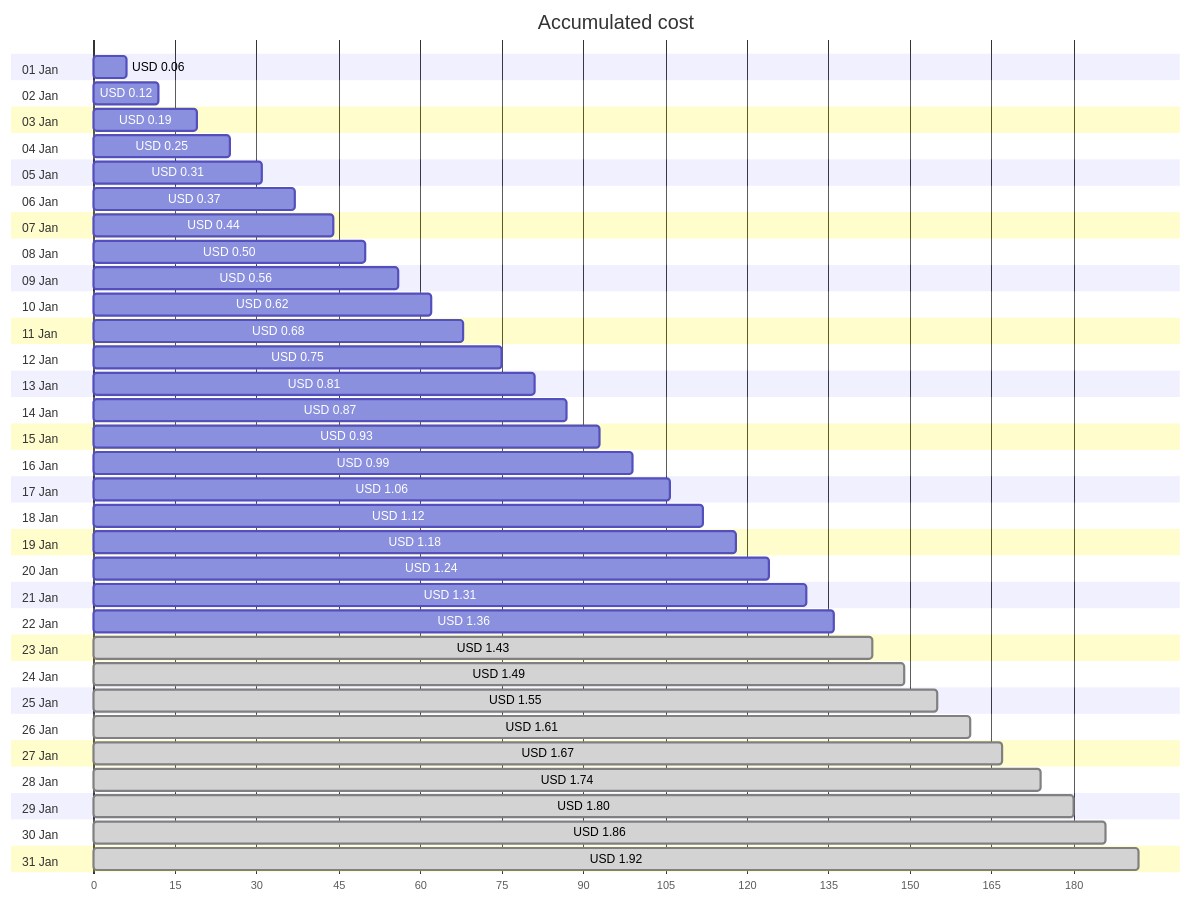
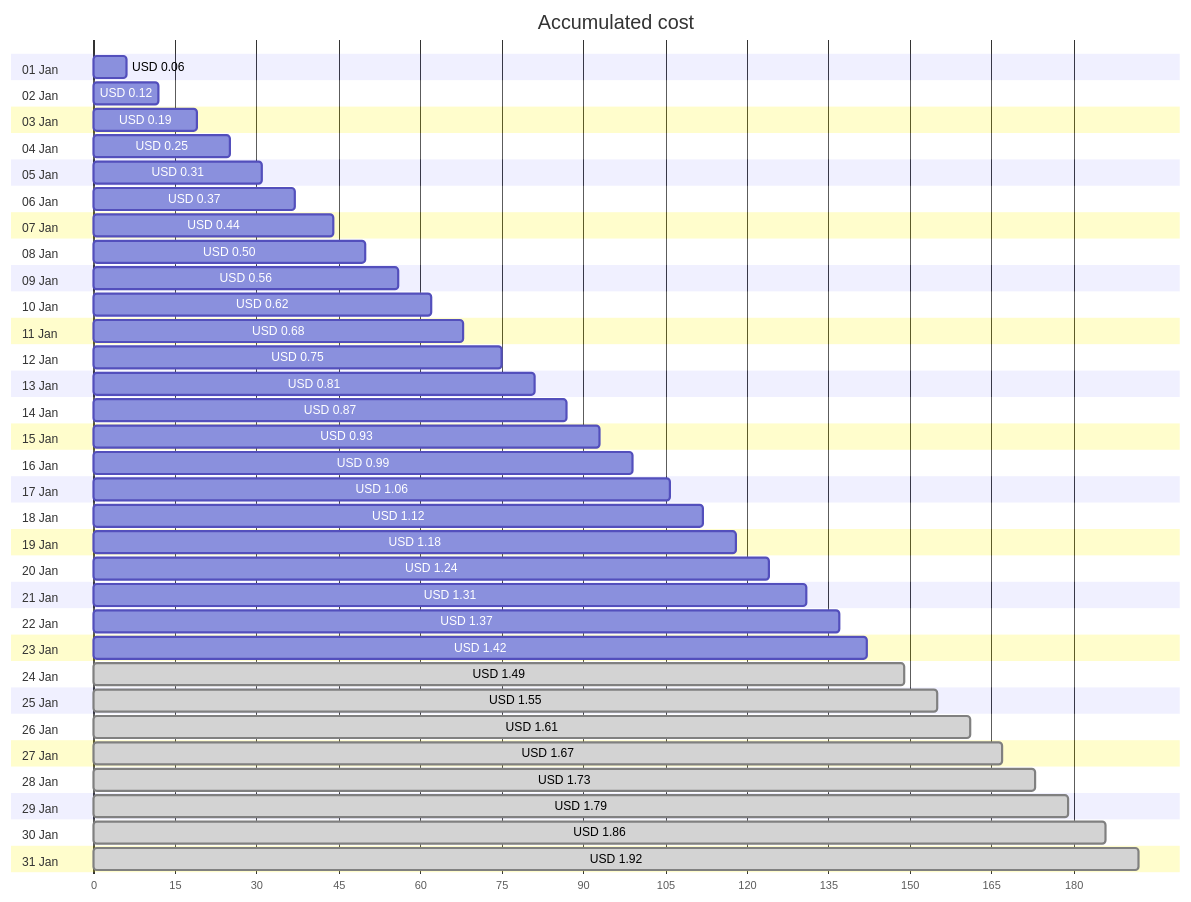
One commit to jpfulton/azure-personal-reports changed the first of 4 diagrams in cost-reports/personal-network/vpn-server_OsDisk.md. Above: the diagram before and after it, drawn with Mermaid. The commit also changed other lines of this file and 8 other files, not shown here.

````diff
--- a/cost-reports/personal-network/vpn-server_OsDisk.md
+++ b/cost-reports/personal-network/vpn-server_OsDisk.md
@@ -20,68 +20,68 @@
 ```mermaid
 gantt
    title Accumulated cost
    dateFormat  X
    axisFormat %s
    section 01 Jan
    USD 0.06 :0, 6
    section 02 Jan
    USD 0.12 :0, 12
    section 03 Jan
    USD 0.19 :0, 19
    section 04 Jan
    USD 0.25 :0, 25
    section 05 Jan
    USD 0.31 :0, 31
    section 06 Jan
    USD 0.37 :0, 37
    section 07 Jan
    USD 0.44 :0, 44
    section 08 Jan
    USD 0.50 :0, 50
    section 09 Jan
    USD 0.56 :0, 56
    section 10 Jan
    USD 0.62 :0, 62
    section 11 Jan
    USD 0.68 :0, 68
    section 12 Jan
    USD 0.75 :0, 75
    section 13 Jan
    USD 0.81 :0, 81
    section 14 Jan
    USD 0.87 :0, 87
    section 15 Jan
    USD 0.93 :0, 93
    section 16 Jan
    USD 0.99 :0, 99
    section 17 Jan
    USD 1.06 :0, 106
    section 18 Jan
    USD 1.12 :0, 112
    section 19 Jan
    USD 1.18 :0, 118
    section 20 Jan
    USD 1.24 :0, 124
    section 21 Jan
    USD 1.31 :0, 131
    section 22 Jan
-   USD 1.36 :0, 136
+   USD 1.37 :0, 137
    section 23 Jan
-   USD 1.43 : done, 0, 143
+   USD 1.42 :0, 142
    section 24 Jan
    USD 1.49 : done, 0, 149
    section 25 Jan
    USD 1.55 : done, 0, 155
    section 26 Jan
    USD 1.61 : done, 0, 161
    section 27 Jan
    USD 1.67 : done, 0, 167
    section 28 Jan
-   USD 1.74 : done, 0, 174
+   USD 1.73 : done, 0, 173
    section 29 Jan
-   USD 1.80 : done, 0, 180
+   USD 1.79 : done, 0, 179
    section 30 Jan
    USD 1.86 : done, 0, 186
    section 31 Jan
    USD 1.92 : done, 0, 192
 ```
````
